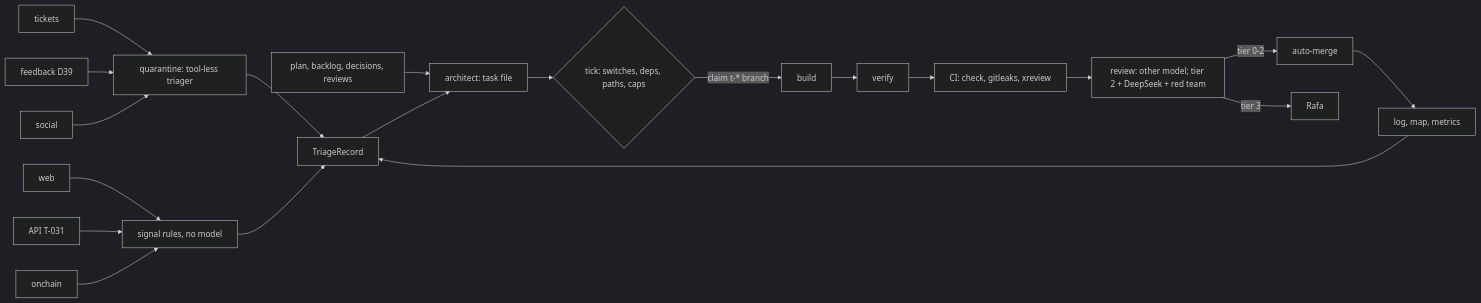
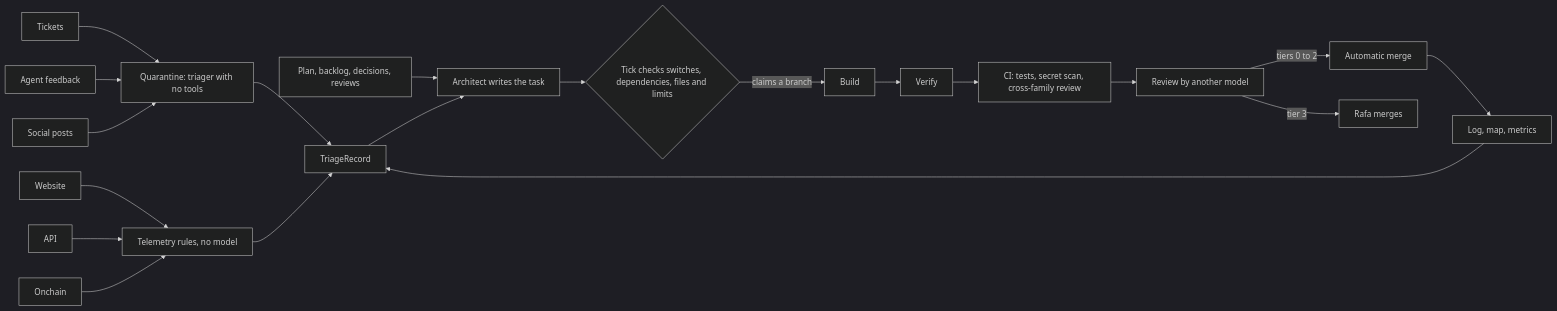
Before and after one commit to rafaeldavid/holdback: the diagram in agent-ops/README.md, drawn with Mermaid (dark theme). The commit also changed other lines of this file and 6 other files, not shown here.

First line of the commit message:
docs(agent-ops): plain factual prose throughout; opt-in feedback requests at deal milestones

````diff
--- a/agent-ops/README.md
+++ b/agent-ops/README.md
@@ -18,11 +19,11 @@
 ```mermaid
 flowchart LR
-  T[tickets] & F[feedback D39] & S[social] --> Q[quarantine: tool-less triager] --> R[TriageRecord]
-  W[web] & A[API T-031] & O[onchain] --> G[signal rules, no model] --> R
-  P[plan, backlog, decisions, reviews] --> AR
-  R --> AR[architect: task file] --> K{tick: switches, deps, paths, caps}
-  K -- claim t-* branch --> B[build] --> V[verify] --> C[CI: check, gitleaks, xreview]
-  C --> RV[review: other model; tier 2 + DeepSeek + red team]
-  RV -- tier 0-2 --> M[auto-merge] --> L[log, map, metrics] --> R
-  RV -- tier 3 --> H[Rafa]
+  T[Tickets] & F[Agent feedback] & S[Social posts] --> Q[Quarantine: triager with no tools] --> R[TriageRecord]
+  W[Website] & A[API] & O[Onchain] --> G[Telemetry rules, no model] --> R
+  P[Plan, backlog, decisions, reviews] --> AR
+  R --> AR[Architect writes the task] --> K{Tick checks switches, dependencies, files and limits}
+  K -- claims a branch --> B[Build] --> V[Verify] --> C[CI: tests, secret scan, cross-family review]
+  C --> RV[Review by another model]
+  RV -- tiers 0 to 2 --> M[Automatic merge] --> L[Log, map, metrics] --> R
+  RV -- tier 3 --> H[Rafa merges]
 ```
````
